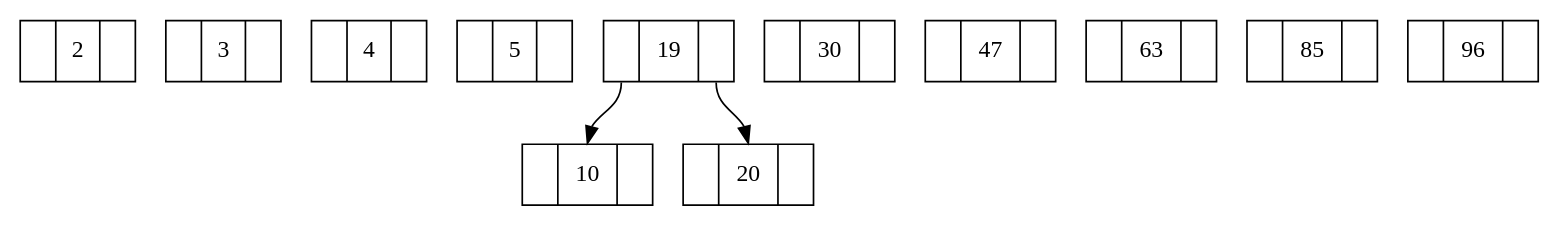
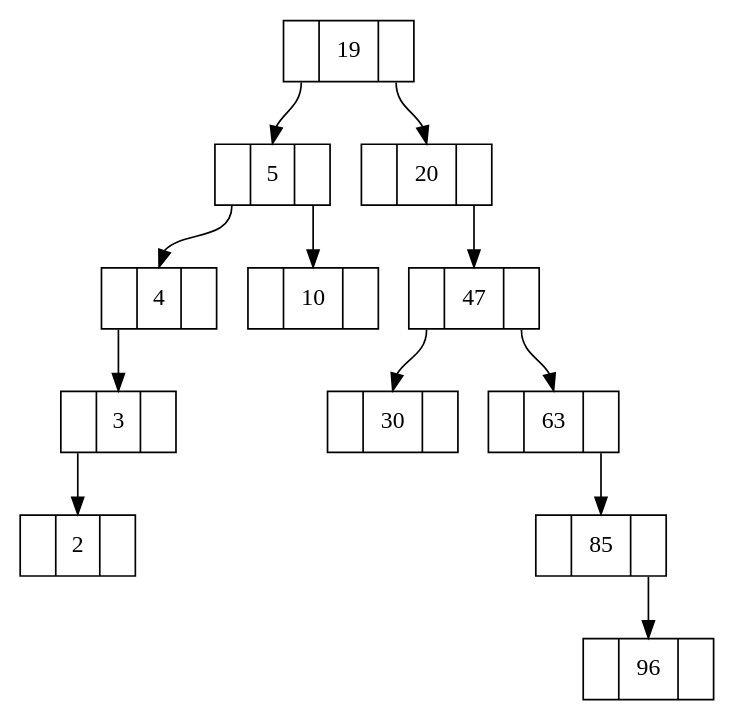
The diagram in arbol.dot (carlosE17/finaledd), drawn with Graphviz before and after one commit. The commit also changed 6 other files, not shown here.

```diff
--- a/arbol.dot
+++ b/arbol.dot
@@ -1,17 +1,26 @@
 digraph r{
 node [shape=record];
 node2[ label ="<f0> | <f1>2| <f2> "];
 node3[ label ="<f0> | <f1>3| <f2> "];
 node4[ label ="<f0> | <f1>4| <f2> "];
 node5[ label ="<f0> | <f1>5| <f2> "];
 node10[ label ="<f0> | <f1>10| <f2> "];
 node19[ label ="<f0> | <f1>19| <f2> "];
 node20[ label ="<f0> | <f1>20| <f2> "];
 node30[ label ="<f0> | <f1>30| <f2> "];
 node47[ label ="<f0> | <f1>47| <f2> "];
 node63[ label ="<f0> | <f1>63| <f2> "];
 node85[ label ="<f0> | <f1>85| <f2> "];
 node96[ label ="<f0> | <f1>96| <f2> "];
-"node19":f0->"node10":f1;
+"node19":f0->"node5":f1;
+"node5":f0->"node4":f1;
+"node4":f0->"node3":f1;
+"node3":f0->"node2":f1;
+"node5":f2->"node10":f1;
 "node19":f2->"node20":f1;
+"node20":f2->"node47":f1;
+"node47":f2->"node63":f1;
+"node63":f2->"node85":f1;
+"node85":f2->"node96":f1;
+"node47":f0->"node30":f1;
 }
```
